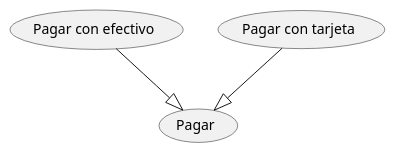
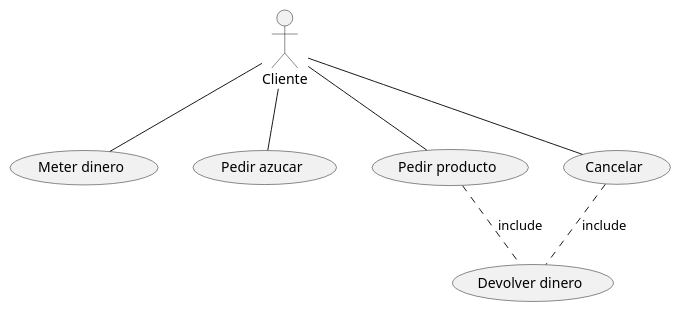
One commit to Carlosmanuelpre/CasosDeUsoUML changed the diagram in src/CasosDeUsoUML.puml. Above: the diagram before and after it, drawn with PlantUML.

Commit message:
Este es un ejemplo de la maquina de cafe en el cual hemos creado un cliente con diferentes caso de uso asociados a el, dos de esos casos se relacionan con "Devolver dinero" los cuales se incluyen a este mediante el codigo include

```diff
--- a/src/CasosDeUsoUML.puml
+++ b/src/CasosDeUsoUML.puml
@@ -2,8 +2,17 @@
 @startuml
-(Pagar con efectivo)
-(Pagar con tarjeta)
-(Pagar)
+:Cliente:
+(Meter dinero)
+(Pedir azucar)
+(Pedir producto)
+(Cancelar)
+(Devolver dinero)
 
-(Pagar con tarjeta)--|> (Pagar)
-(Pagar con efectivo)--|> (Pagar)
+Cliente -- (Meter dinero)
+Cliente -- (Pedir azucar)
+Cliente -- (Pedir producto)
+Cliente -- (Cancelar)
+
+(Cancelar)..(Devolver dinero) : include
+(Pedir producto)..(Devolver dinero) : include
+
 @enduml
```
